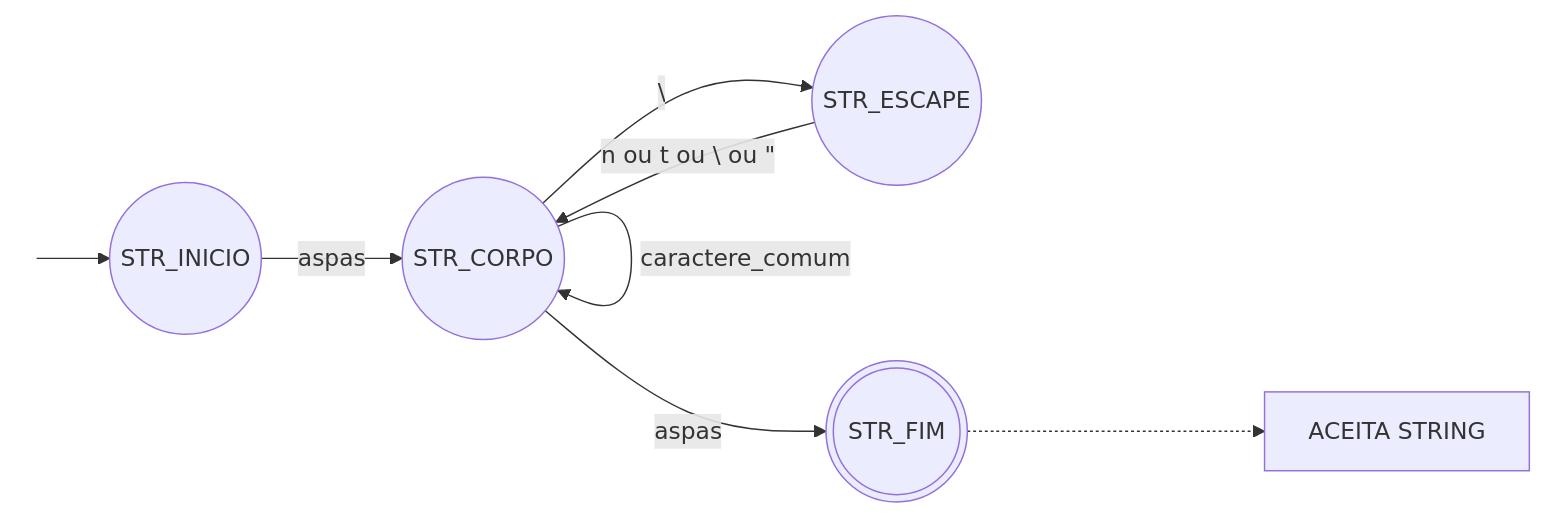
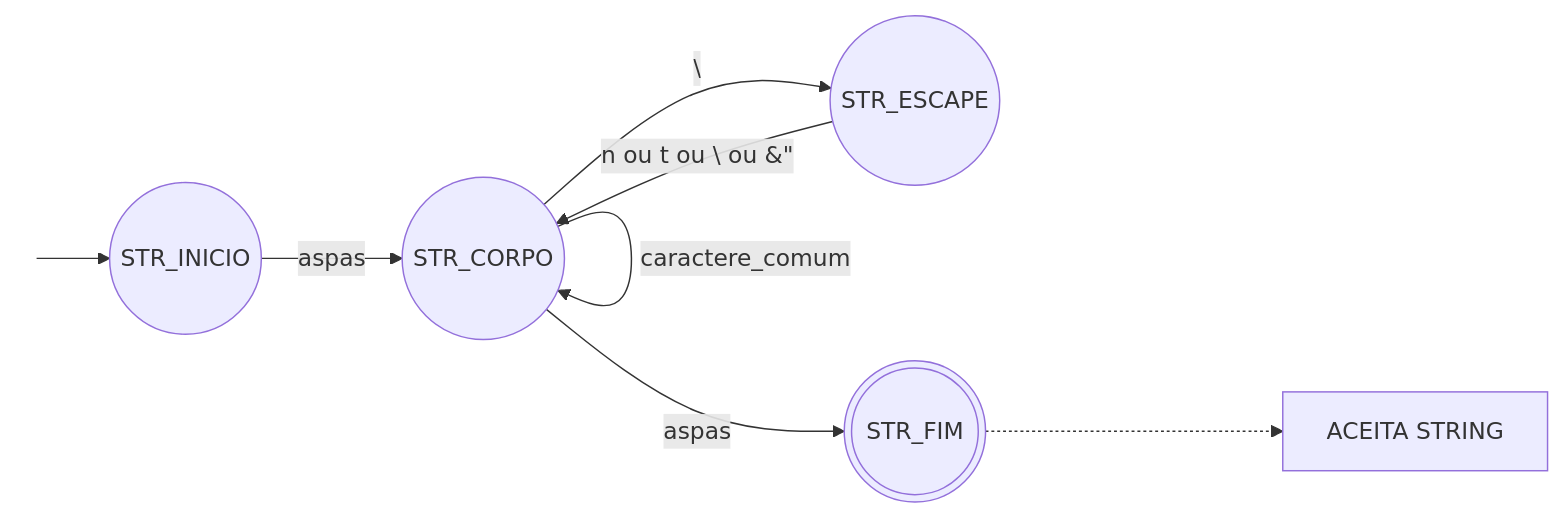
The second of 6 diagrams in desenhos_afd.md (VictorBertolini/Construcao-de-Compiladores), drawn with Mermaid before and after one commit.

Commit message:
resolvendo bug com aspas

````diff
--- a/desenhos_afd.md
+++ b/desenhos_afd.md
@@ -34,15 +34,15 @@
 ```mermaid
 flowchart LR
     init((" ")) --> STR_INICIO((STR_INICIO))
     STR_INICIO -- "aspas" --> STR_CORPO((STR_CORPO))
 
     STR_CORPO -->|\| STR_ESCAPE((STR_ESCAPE))
-    STR_ESCAPE -->|n ou t ou \ ou &#34 | STR_CORPO
+    STR_ESCAPE -->|n ou t ou \ ou &#34; | STR_CORPO
 
     STR_CORPO -->|caractere_comum| STR_CORPO
     STR_CORPO -->|aspas| STR_FIM(((STR_FIM)))
 
     STR_FIM -.-> ACEITA["ACEITA STRING"]
 
     style init fill:none,stroke:none
 ```
````
